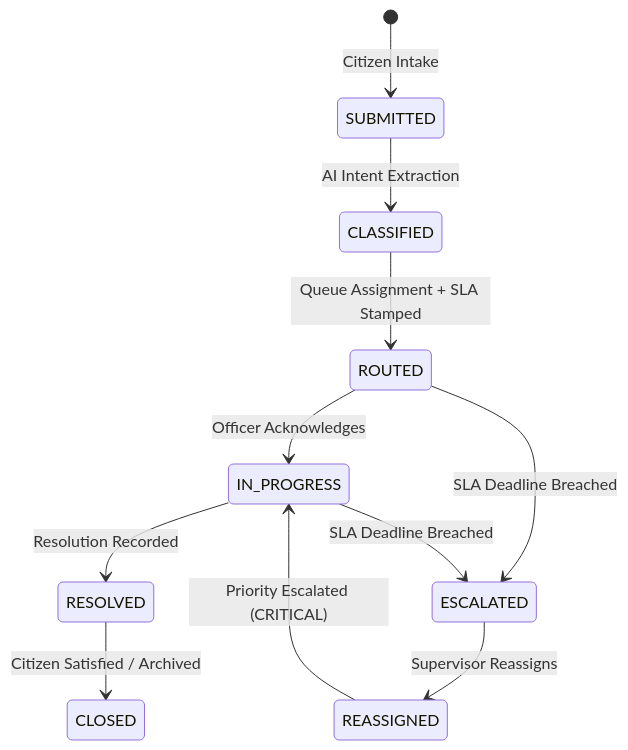
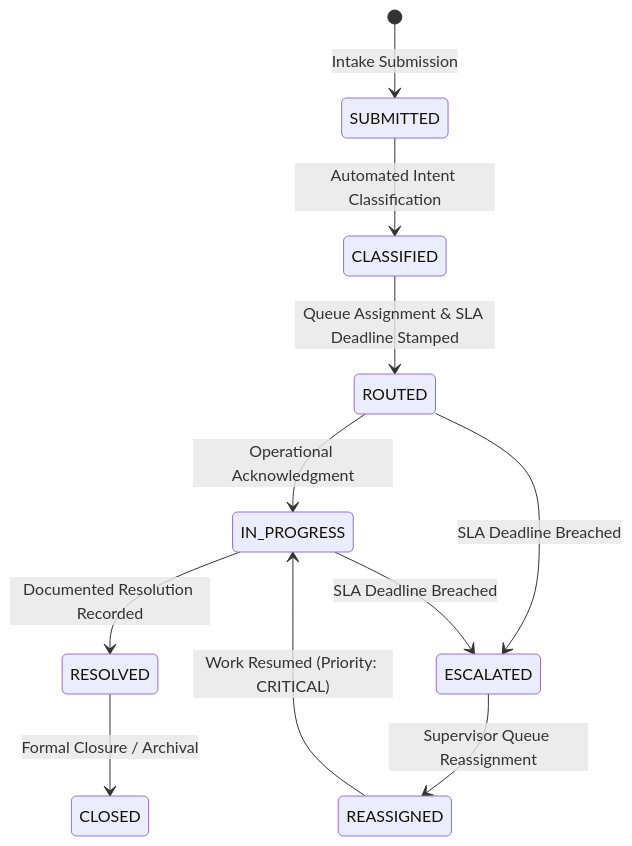
One commit to YashasviJadav03/Grievance_Grid changed the second of 2 diagrams in README.md. Above: the diagram before and after it, drawn with Mermaid. The commit also changed other lines of this file, not shown here.

Commit message:
docs: standardize README with formal engineering tone, remove emojis, quickstart and verbal pitch

````diff
--- a/README.md
+++ b/README.md
@@ -60,14 +64,14 @@
 ```mermaid
 stateDiagram-v2
-    [*] --> SUBMITTED: Citizen Intake
-    SUBMITTED --> CLASSIFIED: AI Intent Extraction
-    CLASSIFIED --> ROUTED: Queue Assignment + SLA Stamped
-    ROUTED --> IN_PROGRESS: Officer Acknowledges
-    IN_PROGRESS --> RESOLVED: Resolution Recorded
-    RESOLVED --> CLOSED: Citizen Satisfied / Archived
+    [*] --> SUBMITTED: Intake Submission
+    SUBMITTED --> CLASSIFIED: Automated Intent Classification
+    CLASSIFIED --> ROUTED: Queue Assignment & SLA Deadline Stamped
+    ROUTED --> IN_PROGRESS: Operational Acknowledgment
+    IN_PROGRESS --> RESOLVED: Documented Resolution Recorded
+    RESOLVED --> CLOSED: Formal Closure / Archival
     
     ROUTED --> ESCALATED: SLA Deadline Breached
     IN_PROGRESS --> ESCALATED: SLA Deadline Breached
-    ESCALATED --> REASSIGNED: Supervisor Reassigns
-    REASSIGNED --> IN_PROGRESS: Priority Escalated (CRITICAL)
+    ESCALATED --> REASSIGNED: Supervisor Queue Reassignment
+    REASSIGNED --> IN_PROGRESS: Work Resumed (Priority: CRITICAL)
 ```
````
